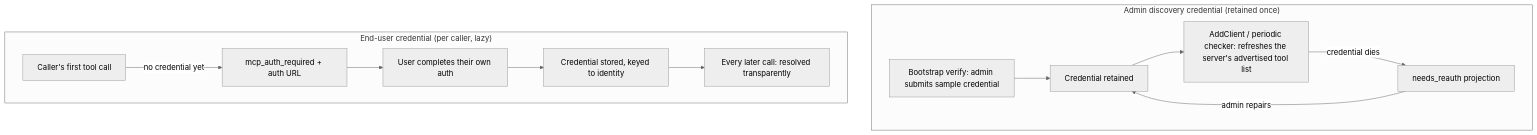
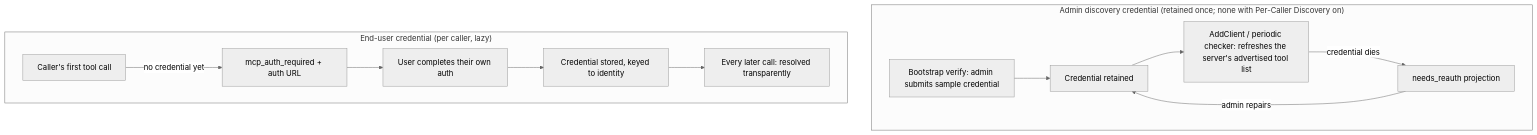
Before and after one commit to maximhq/bifrost: the third of 3 diagrams in docs/mcp/connections.mdx, drawn with Mermaid (neutral theme). The commit also changed other lines of this file and 12 other files, not shown here.

Commit message:
docs(mcp): document per-caller discovery and correct the per-user auth and OpenAPI pages

````diff
--- a/docs/mcp/connections.mdx
+++ b/docs/mcp/connections.mdx
@@ -132,15 +132,15 @@
 ```mermaid
 flowchart TB
-    subgraph Admin["Admin discovery credential (retained once)"]
+    subgraph Admin["Admin discovery credential (retained once; none with Per-Caller Discovery on)"]
         A1[Bootstrap verify: admin submits sample credential] --> A2[Credential retained]
         A2 --> A3[AddClient / periodic checker: refreshes the server's advertised tool list]
         A3 -->|credential dies| A4[needs_reauth projection]
         A4 -->|admin repairs| A2
     end
     subgraph User["End-user credential (per caller, lazy)"]
         U1[Caller's first tool call] -->|no credential yet| U2[mcp_auth_required + auth URL]
         U2 --> U3[User completes their own auth]
         U3 --> U4[Credential stored, keyed to identity]
         U4 --> U5[Every later call: resolved transparently]
     end
 ```
````
